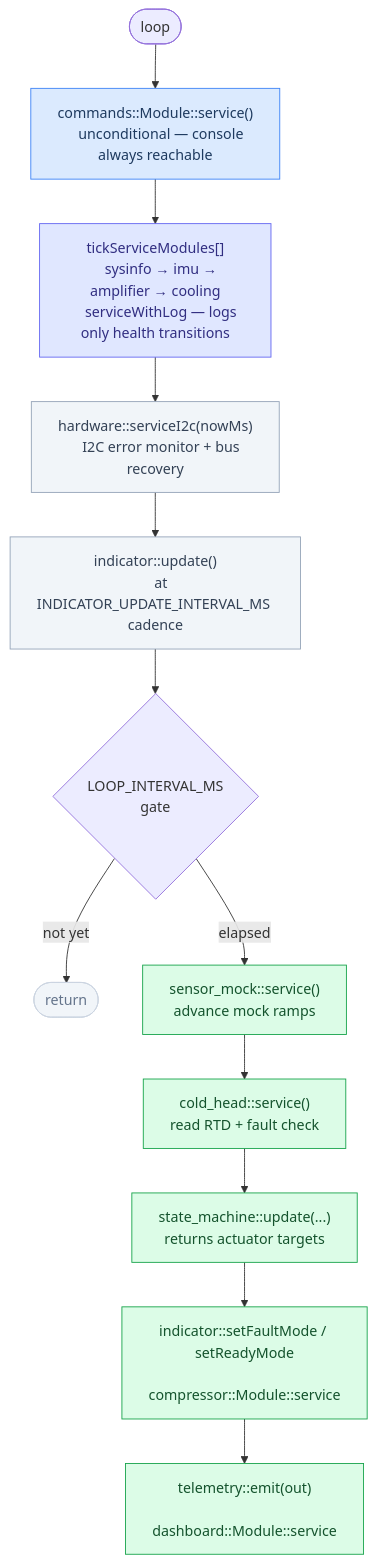
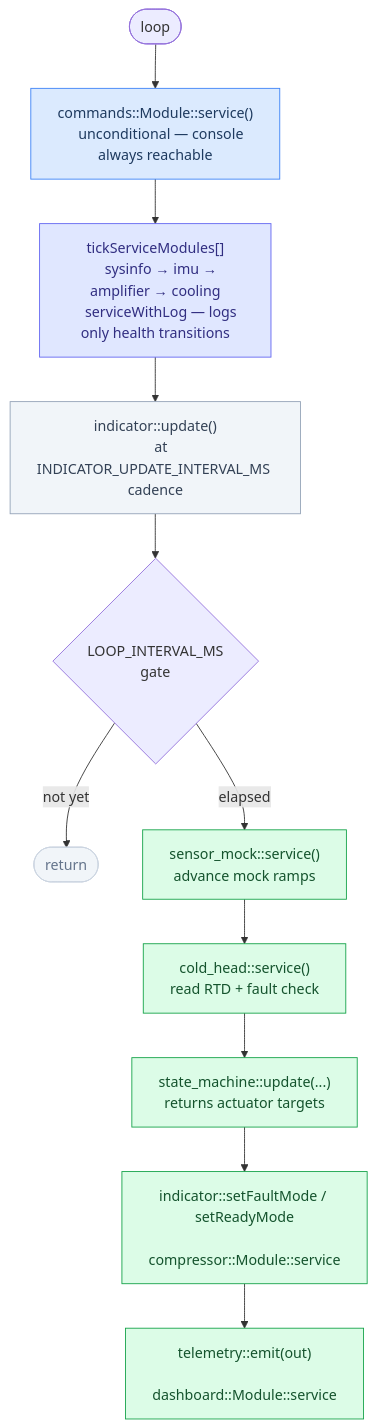
One commit to jhyland87/Cryocooler-Controller changed the fifth of 5 diagrams in docs/modules.md. Above: the diagram before and after it, drawn with Mermaid. The commit also changed other lines of this file and 59 other files, not shown here.

````diff
--- a/docs/modules.md
+++ b/docs/modules.md
@@ -295,41 +295,39 @@
 ```mermaid
 flowchart TD
     L([loop]) --> CMD["commands::Module::service()
     unconditional — console always reachable"]
 
     CMD --> TICK["tickServiceModules[]
     sysinfo → imu → amplifier → cooling
     serviceWithLog — logs only health transitions"]
 
-    TICK --> I2C["hardware::serviceI2c(nowMs)
-    I2C error monitor + bus recovery"]
-    I2C --> LED["indicator::update()
+    TICK --> LED["indicator::update()
     at INDICATOR_UPDATE_INTERVAL_MS cadence"]
 
     LED --> GATE{LOOP_INTERVAL_MS
     gate}
     GATE -->|not yet| RET([return])
     GATE -->|elapsed| MOCK["sensor_mock::service()
     advance mock ramps"]
 
     MOCK --> CH["cold_head::service()
     read RTD + fault check"]
     CH --> FSM["state_machine::update(...)
     returns actuator targets"]
     FSM --> ACT["indicator::setFaultMode / setReadyMode
     compressor::Module::service"]
     ACT --> TEL["telemetry::emit(out)
     dashboard::Module::service"]
 
     classDef always fill:#dbeafe,stroke:#3b82f6,color:#1e3a5f
     classDef tick fill:#e0e7ff,stroke:#6366f1,color:#312e81
     classDef infra fill:#f1f5f9,stroke:#94a3b8,color:#334155
     classDef gated fill:#dcfce7,stroke:#16a34a,color:#14532d
     classDef exit fill:#f1f5f9,stroke:#cbd5e1,color:#64748b
 
     class CMD always
     class TICK tick
     class I2C,LED infra
     class MOCK,CH,FSM,ACT,TEL gated
     class RET exit
 ```
````
